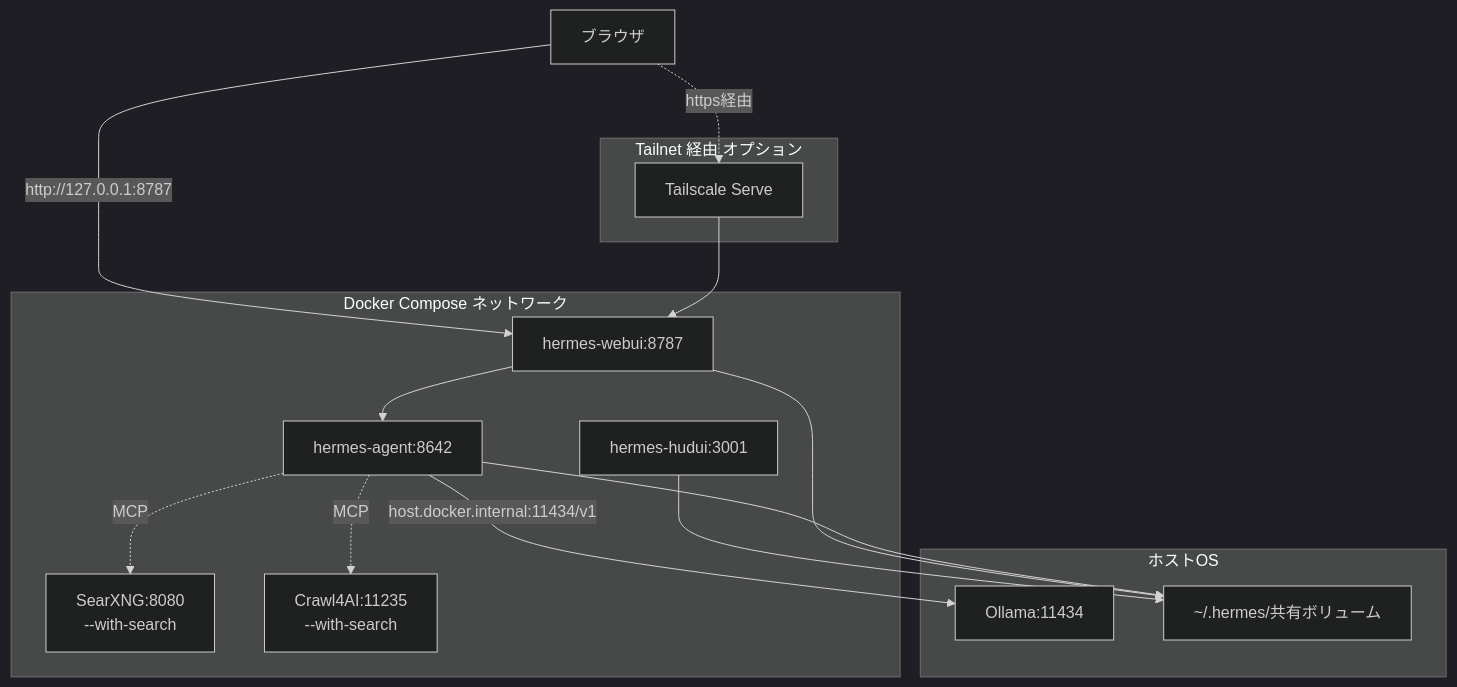
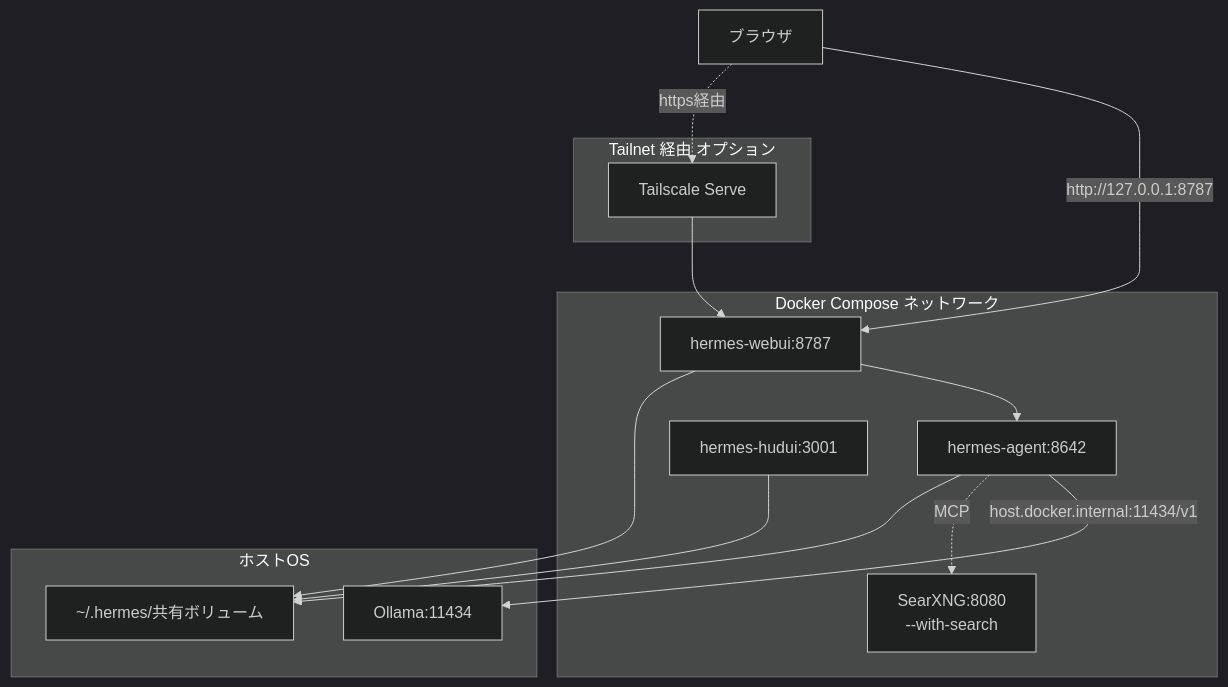
The first of 2 diagrams in README.md (zephel01/hermes-docker-ollama-template), drawn with Mermaid (dark theme) before and after one commit. The commit also changed other lines of this file and 15 other files, not shown here.

````diff
--- a/README.md
+++ b/README.md
@@ -47,29 +47,27 @@
 ```mermaid
 flowchart TB
     Browser[ブラウザ]
     subgraph Tailscale[Tailnet 経由 オプション]
         TS[Tailscale Serve]
     end
     subgraph Docker[Docker Compose ネットワーク]
         WebUI[hermes-webui:8787]
         Agent[hermes-agent:8642]
         HUD[hermes-hudui:3001]
         SearXNG[SearXNG:8080<br/>--with-search]
-        Crawl4AI[Crawl4AI:11235<br/>--with-search]
     end
     subgraph Host[ホストOS]
         Ollama[Ollama:11434]
         Hermes[~/.hermes/共有ボリューム]
     end
 
     Browser -->|http://127.0.0.1:8787| WebUI
     Browser -. https経由 .-> TS
     TS --> WebUI
     WebUI --> Agent
     Agent -->|host.docker.internal:11434/v1| Ollama
     Agent -. MCP .-> SearXNG
-    Agent -. MCP .-> Crawl4AI
     HUD --> Hermes
     WebUI --> Hermes
     Agent --> Hermes
 ```
````
